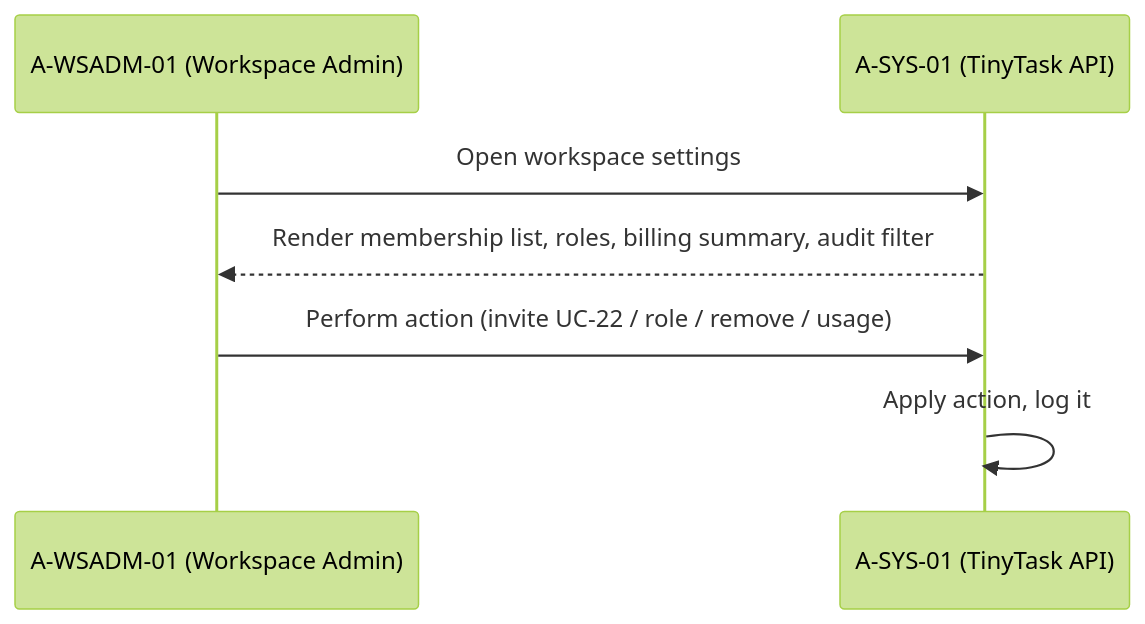
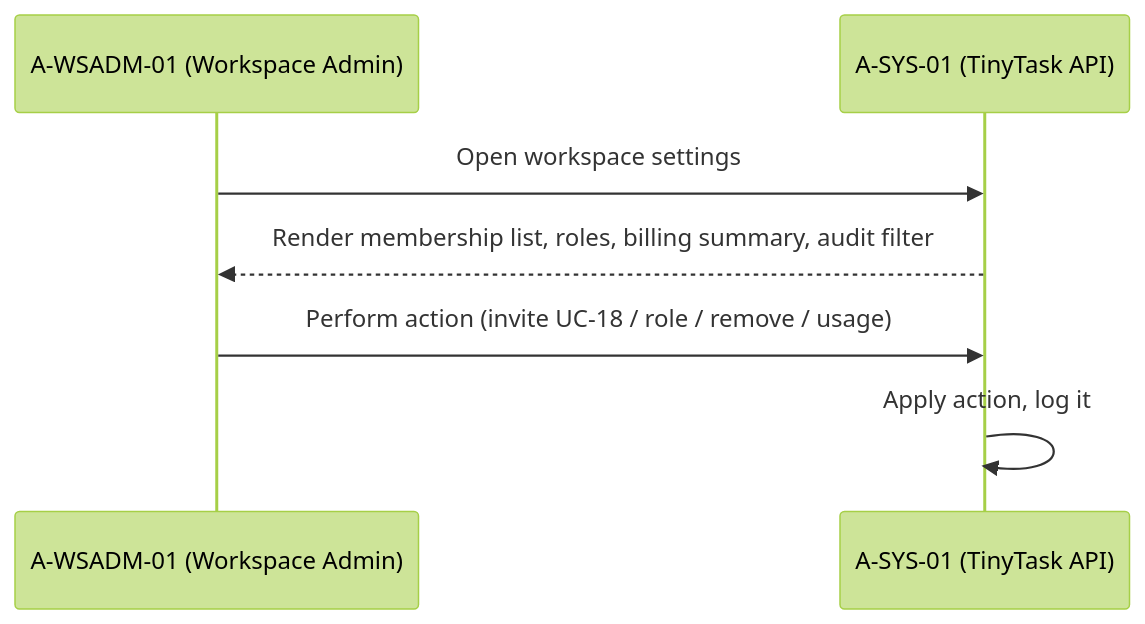
One commit to pauloribeiro16/Methodology_compact changed diagram 19 of 23 in 02_CASES/Case_01_TinyTask_SaaS/03_PHASE3_DECOMPOSITION_RICH/annexes/B_Sequence_Diagrams.md. Above: the diagram before and after it, drawn with Mermaid (forest theme). The commit also changed other lines of this file and 23 other files, not shown here.

Commit message:
[EXECUTOR] F3 ledger-zero C1: 4 borderline re-laned (UC-07/11/12/16 → PROC-18..21, P7) + compact renumber (36 UCs: compliance 01..13, product 14..36); Doc20 v3.4 + Doc32 v1.3 (4 SSDF cards + articulation) + annexes/SVGs; gates green (verify_rich exit 0, mermaid 196/196, smoke 16/16)

````diff
--- a/02_CASES/Case_01_TinyTask_SaaS/03_PHASE3_DECOMPOSITION_RICH/annexes/B_Sequence_Diagrams.md
+++ b/02_CASES/Case_01_TinyTask_SaaS/03_PHASE3_DECOMPOSITION_RICH/annexes/B_Sequence_Diagrams.md
@@ -245,9 +245,9 @@
 ```mermaid
 sequenceDiagram
     participant ADM as A-WSADM-01 (Workspace Admin)
     participant SYS as A-SYS-01 (TinyTask API)
     ADM->>SYS: Open workspace settings
     SYS-->>ADM: Render membership list, roles, billing summary, audit filter
-    ADM->>SYS: Perform action (invite UC-22 / role / remove / usage)
+    ADM->>SYS: Perform action (invite UC-18 / role / remove / usage)
     SYS->>SYS: Apply action, log it
 ```
````
